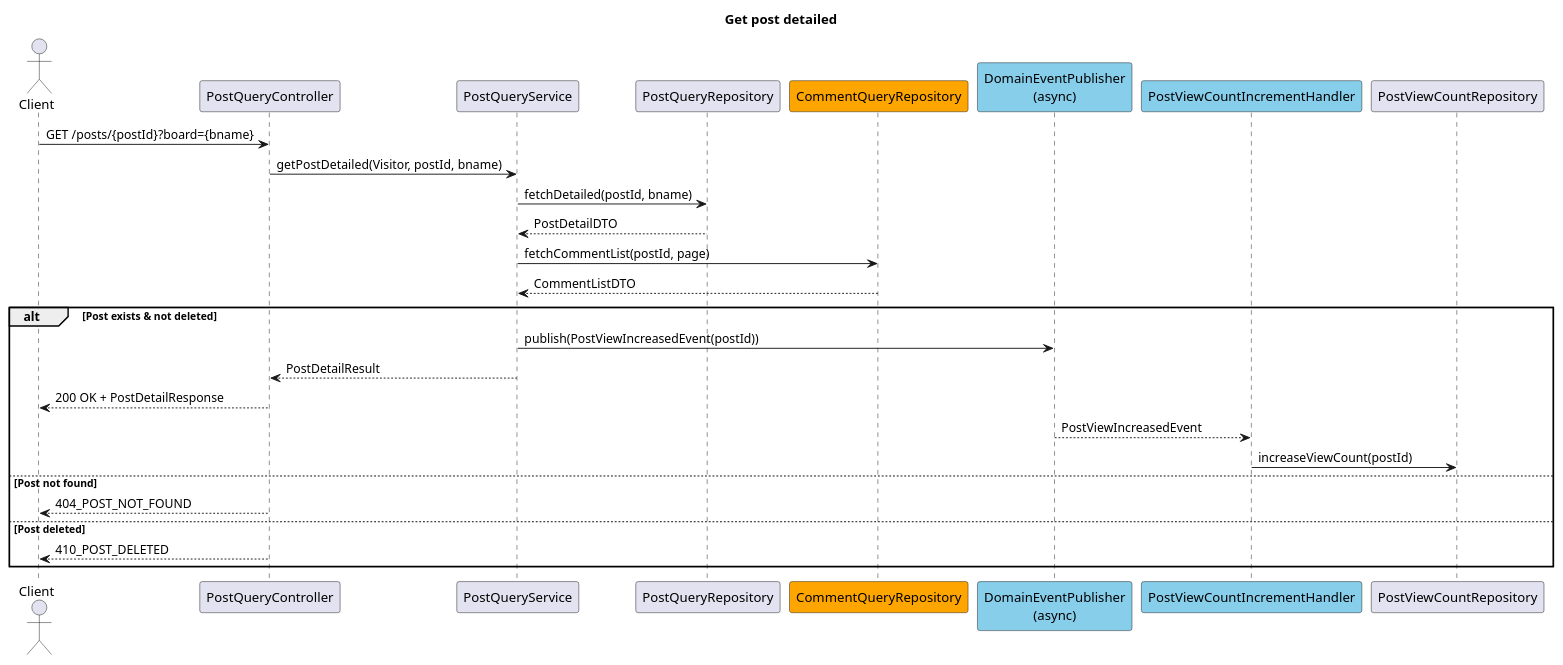
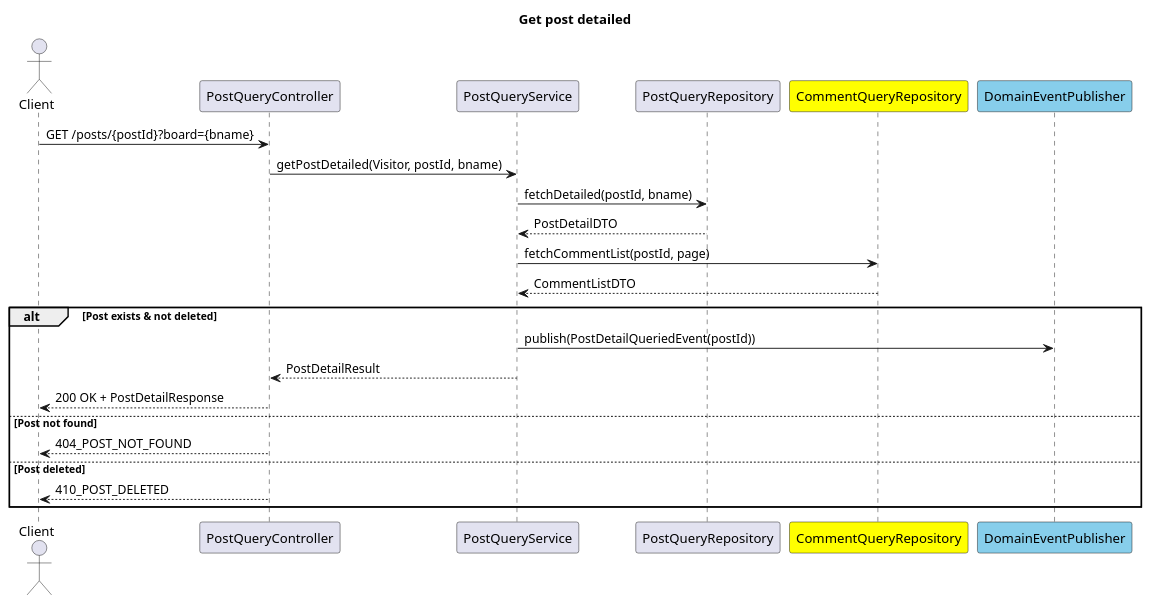
Before and after one commit to SimpleBoardTeam/simpleBoard-server: the diagram in document/puml/event/externalAPI/boardContext/postAggregate/getPostDetail.puml, drawn with PlantUML. The commit also changed 4 other files, not shown here.

Commit message:
fix(diagram): 이벤트 다이어그램 내부에서 Event handling 시퀸스 제거

```diff
--- a/document/puml/event/externalAPI/boardContext/postAggregate/getPostDetail.puml
+++ b/document/puml/event/externalAPI/boardContext/postAggregate/getPostDetail.puml
@@ -1,29 +1,28 @@
 @startuml getPostDetailSeq
 title Get post detailed
 actor Client
 participant PostQueryController
 participant PostQueryService
 participant PostQueryRepository
-participant CommentQueryRepository #orange
-participant "DomainEventPublisher\n(async)" as DomainEventPublisher #skyblue
-participant PostViewCountIncrementHandler #skyblue
-participant PostViewCountRepository
+participant CommentQueryRepository #yellow
+participant DomainEventPublisher #skyblue
 
 Client -> PostQueryController : GET /posts/{postId}?board={bname}
 PostQueryController -> PostQueryService : getPostDetailed(Visitor, postId, bname)
 PostQueryService -> PostQueryRepository : fetchDetailed(postId, bname)
 PostQueryRepository --> PostQueryService : PostDetailDTO
 PostQueryService -> CommentQueryRepository : fetchCommentList(postId, page)
 CommentQueryRepository --> PostQueryService : CommentListDTO
 alt Post exists & not deleted
-    PostQueryService -> DomainEventPublisher : publish(PostViewIncreasedEvent(postId))
+    PostQueryService -> DomainEventPublisher : publish(PostDetailQueriedEvent(postId))
     PostQueryService --> PostQueryController : PostDetailResult
     PostQueryController --> Client : 200 OK + PostDetailResponse
-    DomainEventPublisher --> PostViewCountIncrementHandler : PostViewIncreasedEvent
-    PostViewCountIncrementHandler -> PostViewCountRepository : increaseViewCount(postId)
 else Post not found
     PostQueryController --> Client : 404_POST_NOT_FOUND
 else Post deleted
     PostQueryController --> Client : 410_POST_DELETED
 end
+
+'!include ../../../eventHandling/boardContext/postAggregate/PostDetailQueriedHandle.puml
+
 @enduml
```
